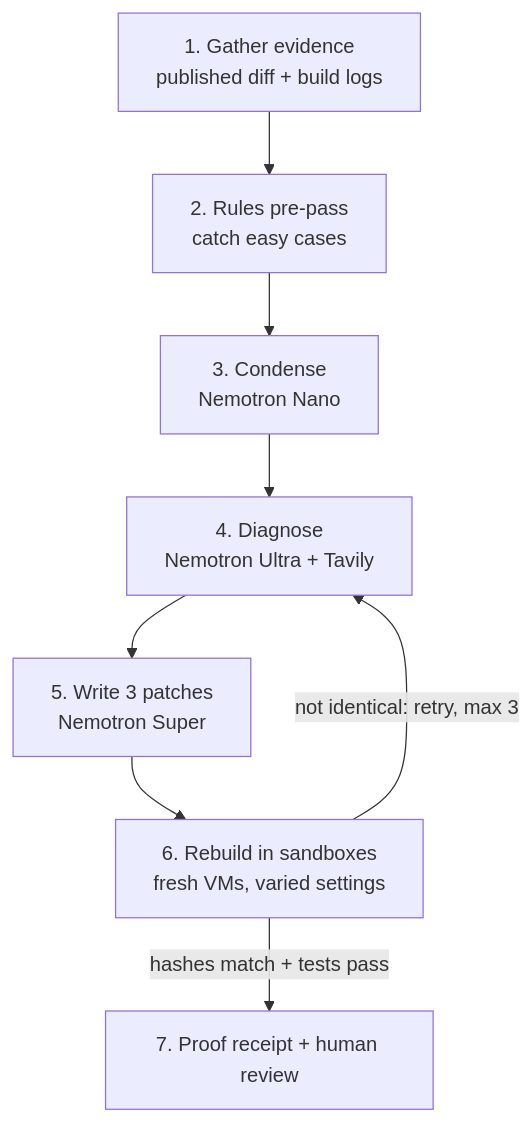
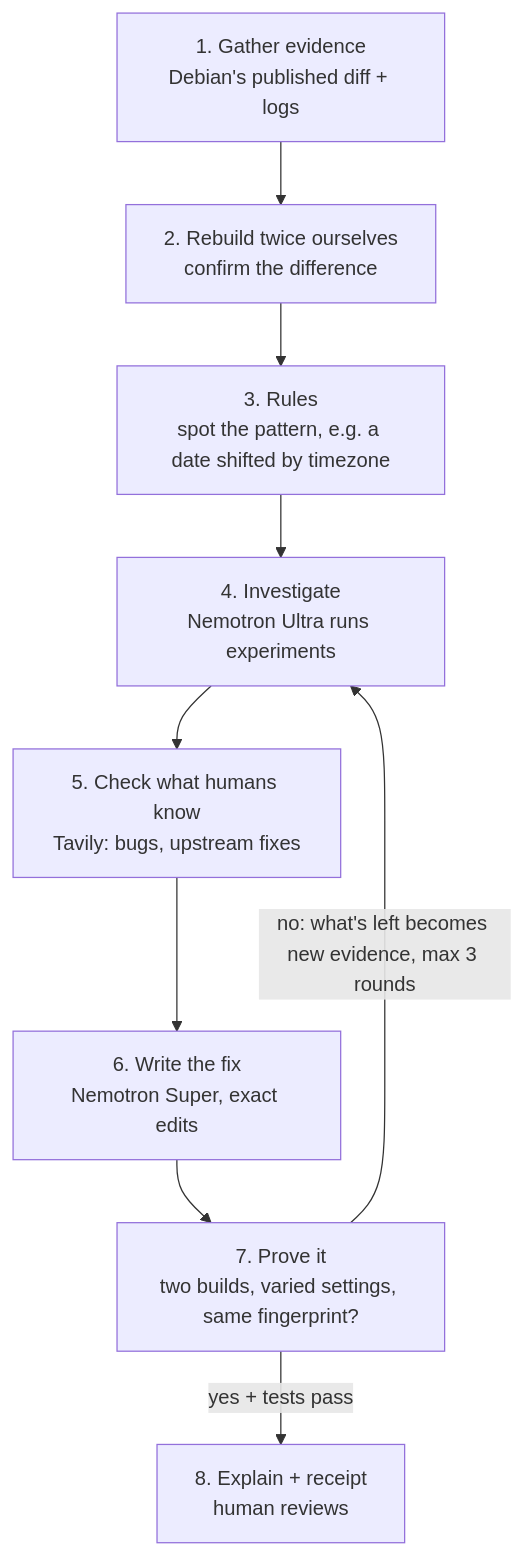
The diagram in docs/EXPLAINER.md (anshuost18/SameBytes), drawn with Mermaid before and after one commit. The commit also changed other lines of this file and 38 other files, not shown here.

````diff
--- a/docs/EXPLAINER.md
+++ b/docs/EXPLAINER.md
@@ -57,10 +57,11 @@
 ```mermaid
 flowchart TD
-    A[1. Gather evidence<br/>published diff + build logs] --> B[2. Rules pre-pass<br/>catch easy cases]
-    B --> C[3. Condense<br/>Nemotron Nano]
-    C --> D[4. Diagnose<br/>Nemotron Ultra + Tavily]
-    D --> E[5. Write 3 patches<br/>Nemotron Super]
-    E --> F[6. Rebuild in sandboxes<br/>fresh VMs, varied settings]
-    F -->|hashes match + tests pass| G[7. Proof receipt + human review]
-    F -->|not identical: retry, max 3| D
+    A[1. Gather evidence<br/>Debian's published diff + logs] --> B[2. Rebuild twice ourselves<br/>confirm the difference]
+    B --> C[3. Rules<br/>spot the pattern, e.g. a date shifted by timezone]
+    C --> D[4. Investigate<br/>Nemotron Ultra runs experiments]
+    D --> E[5. Check what humans know<br/>Tavily: bugs, upstream fixes]
+    E --> F[6. Write the fix<br/>Nemotron Super, exact edits]
+    F --> G[7. Prove it<br/>two builds, varied settings, same fingerprint?]
+    G -->|yes + tests pass| H[8. Explain + receipt<br/>human reviews]
+    G -->|no: what's left becomes new evidence, max 3 rounds| D
 ```
````
